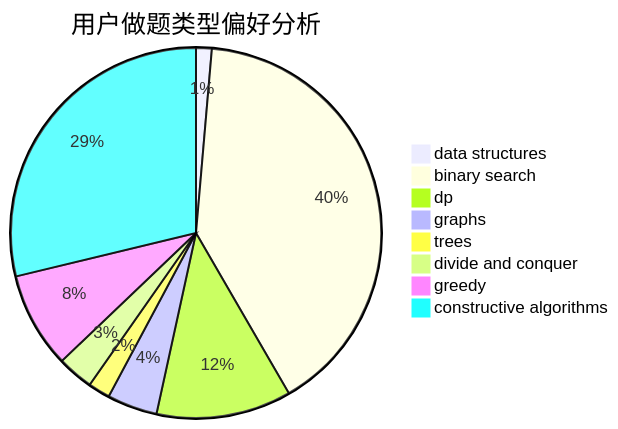
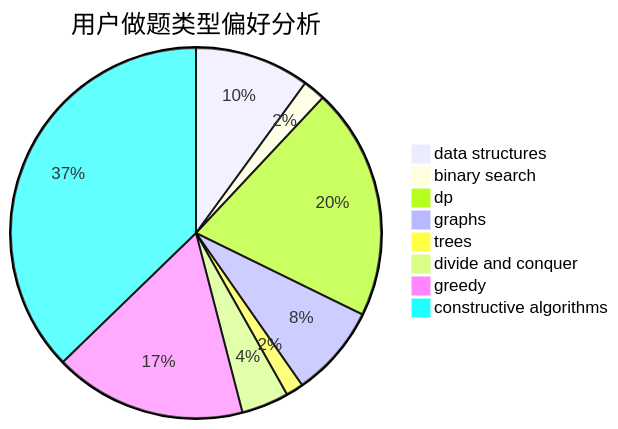
Before and after one commit to sherpahu/cfrs.github.io: the second of 3 diagrams in docs/user/u1544.md, drawn with Mermaid. The commit also changed other lines of this file and 2770 other files, not shown here.

````diff
--- a/docs/user/u1544.md
+++ b/docs/user/u1544.md
@@ -23,11 +23,11 @@
 ```mermaid
 pie title 用户做题类型偏好分析
-    "data structures" :  10
-    "binary search" :  294
-    "dp" :  86
-    "graphs" :  32
-    "trees" :  14
-    "divide and conquer" :  23
-    "greedy" :  61
-    "constructive algorithms" :  210
+    "data structures" :  46
+    "binary search" :  9
+    "dp" :  93
+    "graphs" :  37
+    "trees" :  7
+    "divide and conquer" :  19
+    "greedy" :  77
+    "constructive algorithms" :  171
 ```
````
